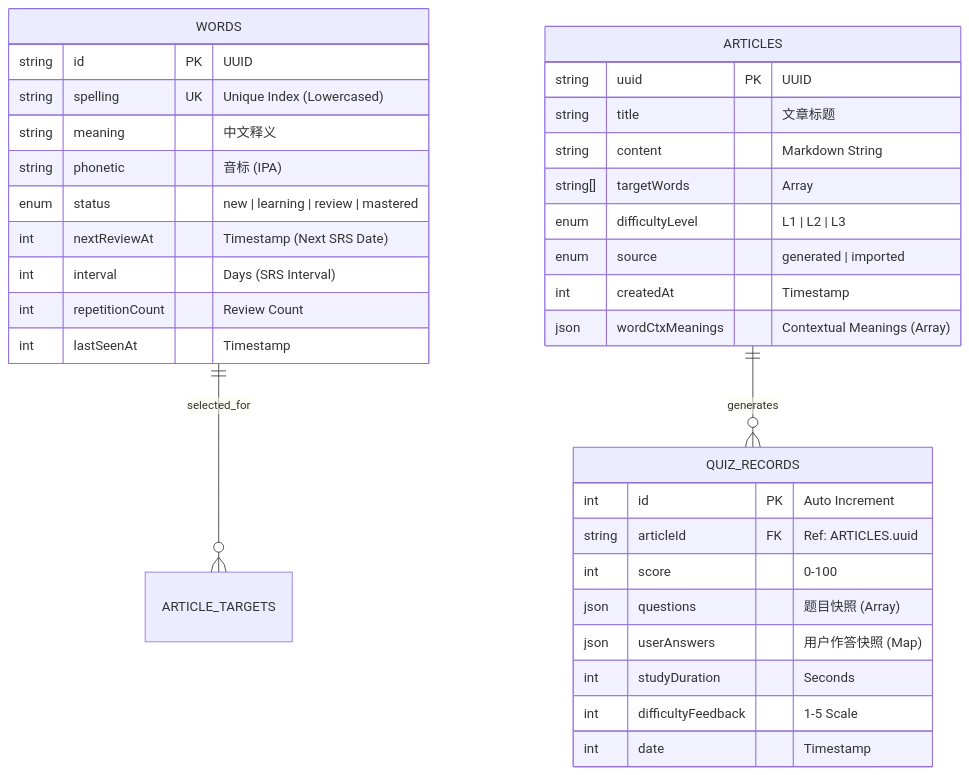
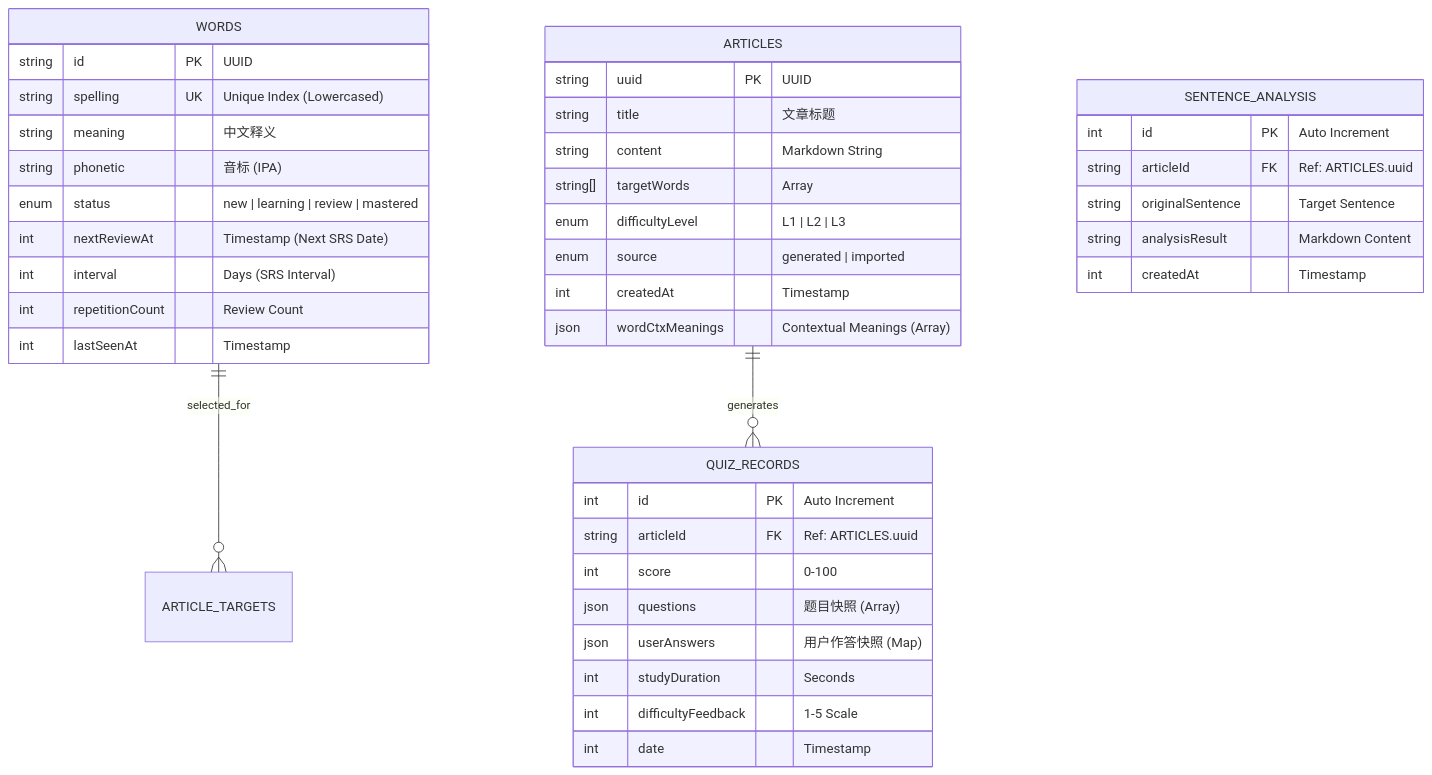
One commit to noguess/smartread changed the diagram in ARCHITECTURE.md. Above: the diagram before and after it, drawn with Mermaid. The commit also changed 12 other files, not shown here.

````diff
--- a/ARCHITECTURE.md
+++ b/ARCHITECTURE.md
@@ -37,39 +37,47 @@
 ```mermaid
 erDiagram
     WORDS ||--o{ ARTICLE_TARGETS : "selected_for"
     ARTICLES ||--o{ QUIZ_RECORDS : "generates"
     
     WORDS {
         string id PK "UUID"
         string spelling UK "Unique Index (Lowercased)"
         string meaning "中文释义"
         string phonetic "音标 (IPA)"
         enum status "new | learning | review | mastered"
         int nextReviewAt "Timestamp (Next SRS Date)"
         int interval "Days (SRS Interval)"
         int repetitionCount "Review Count"
         int lastSeenAt "Timestamp"
     }
 
     ARTICLES {
         string uuid PK "UUID"
         string title "文章标题"
         string content "Markdown String"
         string[] targetWords "Array<Word.spelling>"
         enum difficultyLevel "L1 | L2 | L3"
         enum source "generated | imported"
         int createdAt "Timestamp"
         json wordCtxMeanings "Contextual Meanings (Array)"
     }
 
     QUIZ_RECORDS {
         int id PK "Auto Increment"
         string articleId FK "Ref: ARTICLES.uuid"
         int score "0-100"
         json questions "题目快照 (Array)"
         json userAnswers "用户作答快照 (Map)"
         int studyDuration "Seconds"
         int difficultyFeedback "1-5 Scale"
         int date "Timestamp"
     }
+
+    SENTENCE_ANALYSIS {
+        int id PK "Auto Increment"
+        string articleId FK "Ref: ARTICLES.uuid"
+        string originalSentence "Target Sentence"
+        string analysisResult "Markdown Content"
+        int createdAt "Timestamp"
+    }
 ```
````
